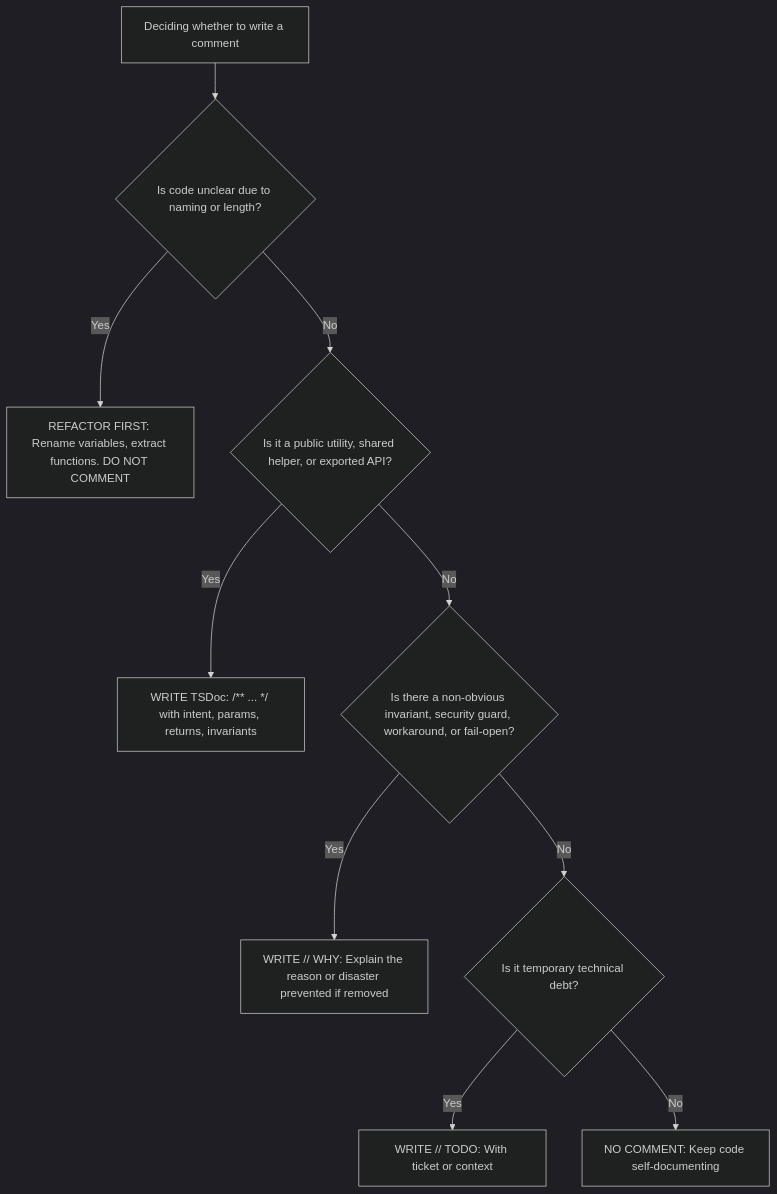
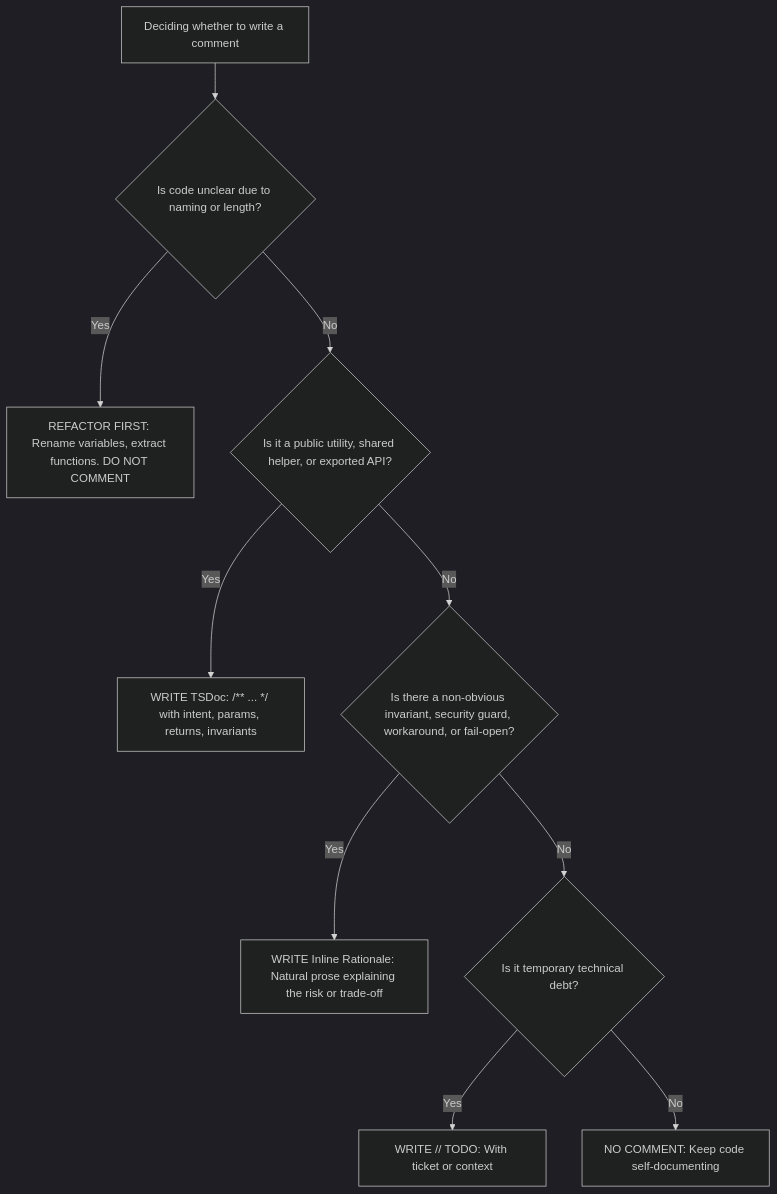
One commit to ngxccc/ticket-booking changed the diagram in docs/standards/code-comment-taxonomy.md. Above: the diagram before and after it, drawn with Mermaid (dark theme). The commit also changed other lines of this file and 6 other files, not shown here.

````diff
--- a/docs/standards/code-comment-taxonomy.md
+++ b/docs/standards/code-comment-taxonomy.md
@@ -14,12 +14,12 @@
 ```mermaid
 flowchart TD
     Start[Deciding whether to write a comment] --> Q1{Is code unclear due to naming or length?}
     Q1 -- Yes --> A1[REFACTOR FIRST: Rename variables, extract functions. DO NOT COMMENT]
     Q1 -- No --> Q2{Is it a public utility, shared helper, or exported API?}
     Q2 -- Yes --> A2[WRITE TSDoc: /** ... */ with intent, params, returns, invariants]
     Q2 -- No --> Q3{Is there a non-obvious invariant, security guard, workaround, or fail-open?}
-    Q3 -- Yes --> A3[WRITE // WHY: Explain the reason or disaster prevented if removed]
+    Q3 -- Yes --> A3[WRITE Inline Rationale: Natural prose explaining the risk or trade-off]
     Q3 -- No --> Q4{Is it temporary technical debt?}
     Q4 -- Yes --> A4[WRITE // TODO: With ticket or context]
     Q4 -- No --> A5[NO COMMENT: Keep code self-documenting]
 ```
````
